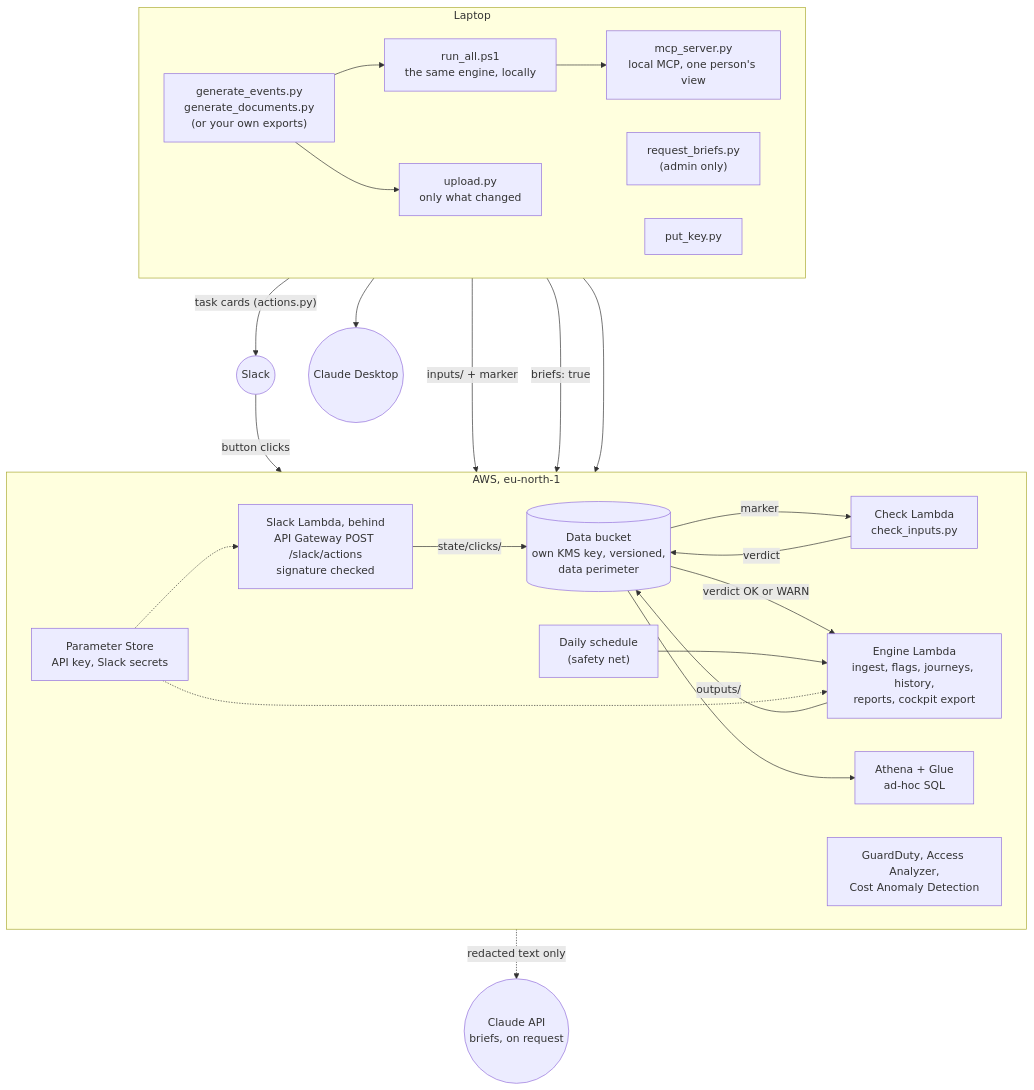
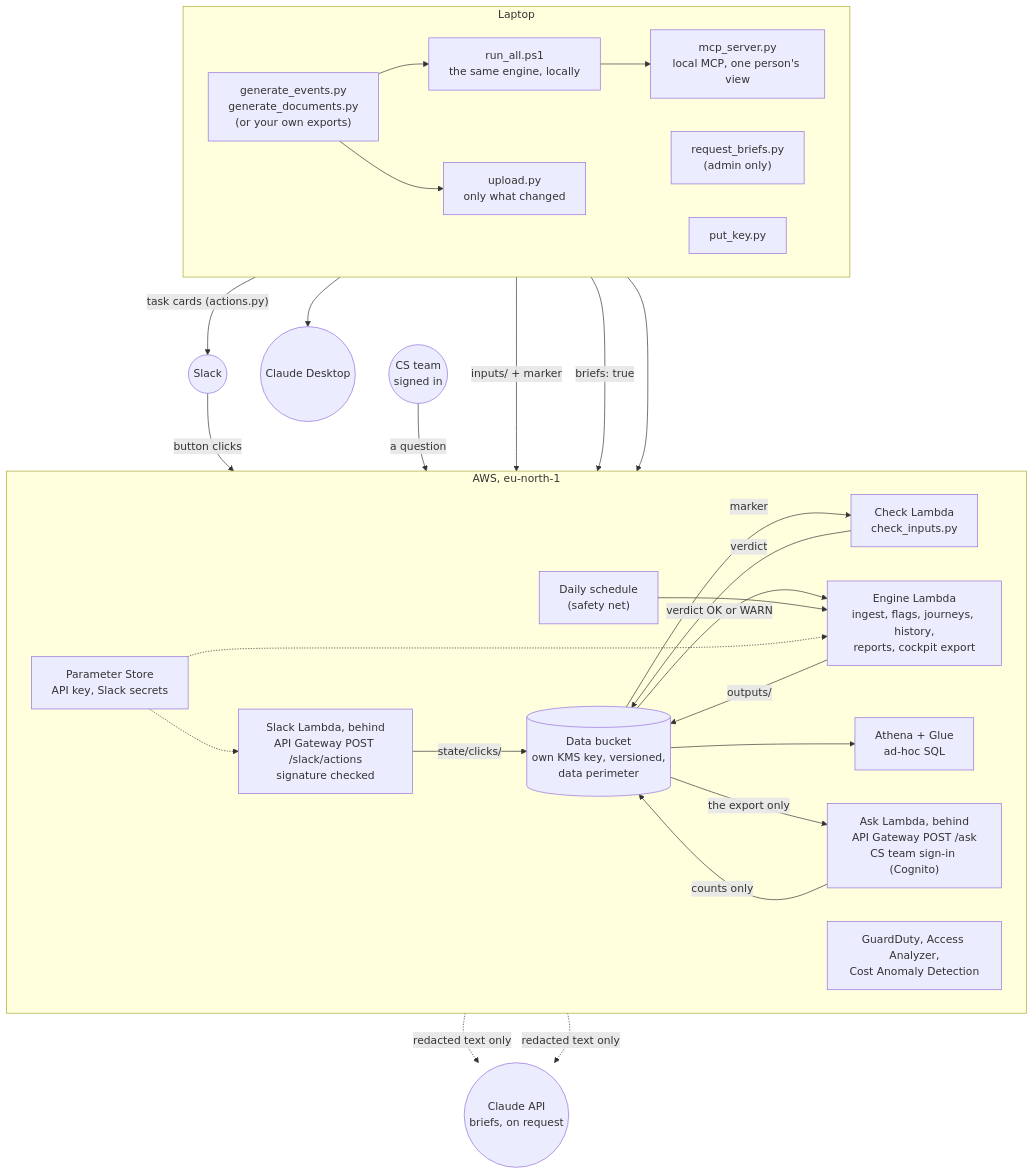
One commit to nikodemlaskowskitech-boop/engagement-engine changed the first of 2 diagrams in README.md. Above: the diagram before and after it, drawn with Mermaid. The commit also changed 8 other files, not shown here.

First line of the commit message:
The Ask box in AWS (step 2b): CS team sign-in, POST /ask, a narrow role (#260)

````diff
--- a/README.md
+++ b/README.md
@@ -83,42 +83,46 @@
 ```mermaid
 flowchart TB
   subgraph laptop["Laptop"]
     direction LR
     gen["generate_events.py<br/>generate_documents.py<br/>(or your own exports)"]
     run["run_all.ps1<br/>the same engine, locally"]
     up["upload.py<br/>only what changed"]
     rb["request_briefs.py<br/>(admin only)"]
     key["put_key.py"]
     mcp["mcp_server.py<br/>local MCP, one person's view"]
   end
   subgraph aws["AWS, eu-north-1"]
     direction LR
     s3[("Data bucket<br/>own KMS key, versioned,<br/>data perimeter")]
     chk["Check Lambda<br/>check_inputs.py"]
     eng["Engine Lambda<br/>ingest, flags, journeys, history,<br/>reports, cockpit export"]
     sch["Daily schedule<br/>(safety net)"]
     sl["Slack Lambda, behind<br/>API Gateway POST /slack/actions<br/>signature checked"]
+    ask["Ask Lambda, behind<br/>API Gateway POST /ask<br/>CS team sign-in (Cognito)"]
     ssm["Parameter Store<br/>API key, Slack secrets"]
     ath["Athena + Glue<br/>ad-hoc SQL"]
     sec["GuardDuty, Access Analyzer,<br/>Cost Anomaly Detection"]
   end
   slack(("Slack"))
   llm(("Claude API<br/>briefs, on request"))
   desk(("Claude Desktop"))
 
   gen --> run
   gen --> up -->|"inputs/ + marker"| s3
   s3 -->|marker| chk -->|verdict| s3
   s3 -->|"verdict OK or WARN"| eng
   sch --> eng
   rb -->|"briefs: true"| eng
   eng -->|"outputs/"| s3
   eng -.->|"redacted text only"| llm
   key --> ssm
   ssm -.-> eng
   ssm -.-> sl
   run -->|"task cards (actions.py)"| slack
   slack -->|button clicks| sl -->|"state/clicks/"| s3
   s3 --> ath
   run --> mcp --> desk
+  team(("CS team<br/>signed in")) -->|"a question"| ask
+  s3 -->|"the export only"| ask -->|"counts only"| s3
+  ask -.->|"redacted text only"| llm
 ```
````
